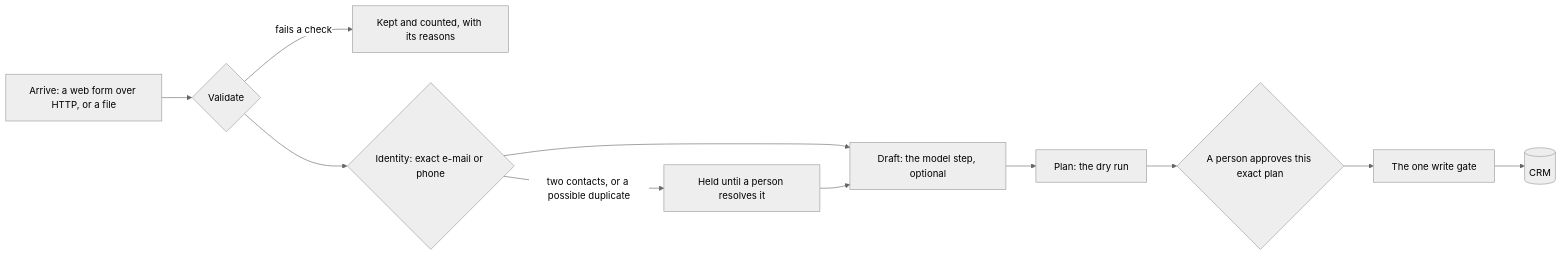
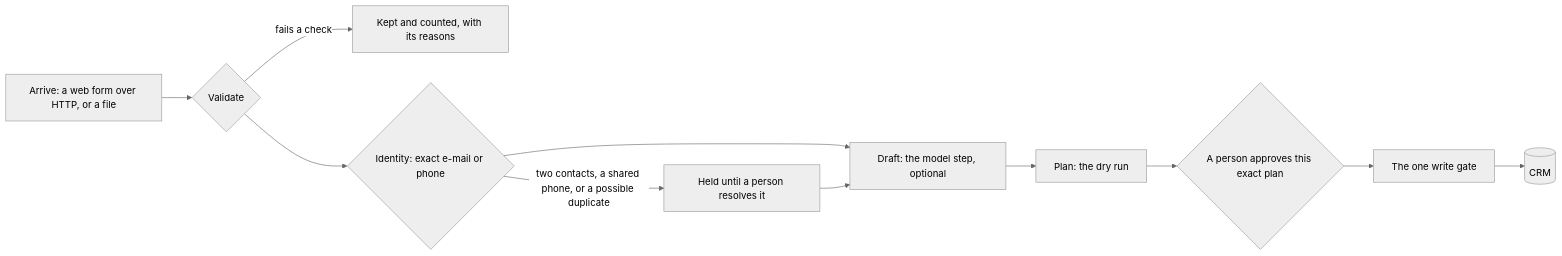
Before and after one commit to evgenybl/ai-lead-intake-crm-demo: the diagram in README.md, drawn with Mermaid (neutral theme). The commit also changed other lines of this file and 41 other files, not shown here.

````diff
--- a/README.md
+++ b/README.md
@@ -162,13 +253,13 @@
 ```mermaid
 flowchart LR
   A["Arrive: a web form over HTTP, or a file"] --> V{"Validate"}
   V -- "fails a check" --> K["Kept and counted, with its reasons"]
   V --> I{"Identity: exact e-mail or phone"}
-  I -- "two contacts, or a possible duplicate" --> H["Held until a person resolves it"]
+  I -- "two contacts, a shared phone, or a possible duplicate" --> H["Held until a person resolves it"]
   I --> D["Draft: the model step, optional"]
   H --> D
   D --> P["Plan: the dry run"]
   P --> AP{"A person approves this exact plan"}
   AP --> G["The one write gate"]
   G --> C[("CRM")]
 ```
````
